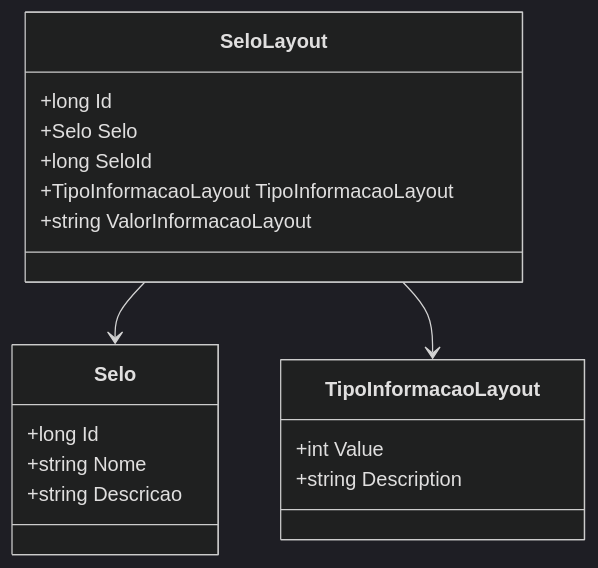
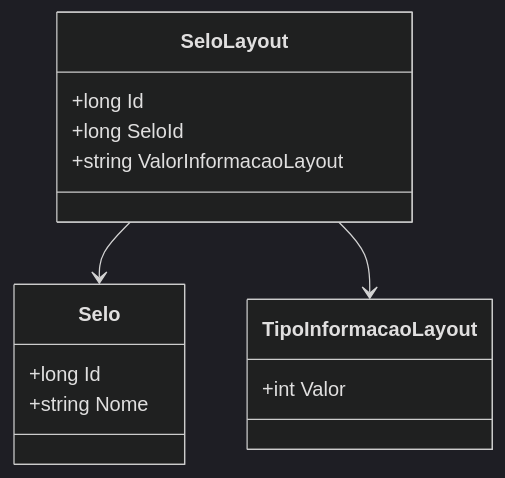
The diagram in docs/b2b-dominio/IsthmusWinthor.Nucleo/IsthmusWinthor.Dominio/Entidades/SeloLayout.md (IsthmusSistemas/documentacao-tecnica), drawn with Mermaid (dark theme) before and after one commit. The commit also changed other lines of this file and 882 other files, not shown here.

````diff
--- a/docs/b2b-dominio/IsthmusWinthor.Nucleo/IsthmusWinthor.Dominio/Entidades/SeloLayout.md
+++ b/docs/b2b-dominio/IsthmusWinthor.Nucleo/IsthmusWinthor.Dominio/Entidades/SeloLayout.md
@@ -22,22 +24,20 @@
 ```mermaid
 classDiagram
     class SeloLayout {
         +long Id
-        +Selo Selo
         +long SeloId
-        +TipoInformacaoLayout TipoInformacaoLayout
         +string ValorInformacaoLayout
     }
+
     class Selo {
         +long Id
         +string Nome
-        +string Descricao
     }
+
     class TipoInformacaoLayout {
-        +int Value
-        +string Description
+        +int Valor
     }
-    
+
     SeloLayout --> Selo
     SeloLayout --> TipoInformacaoLayout
 ```
````
